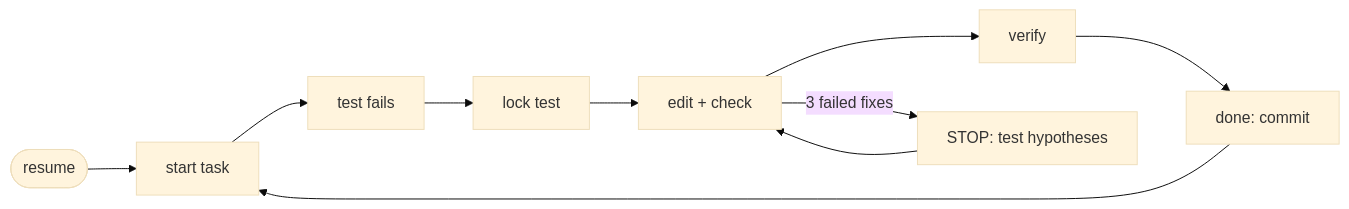
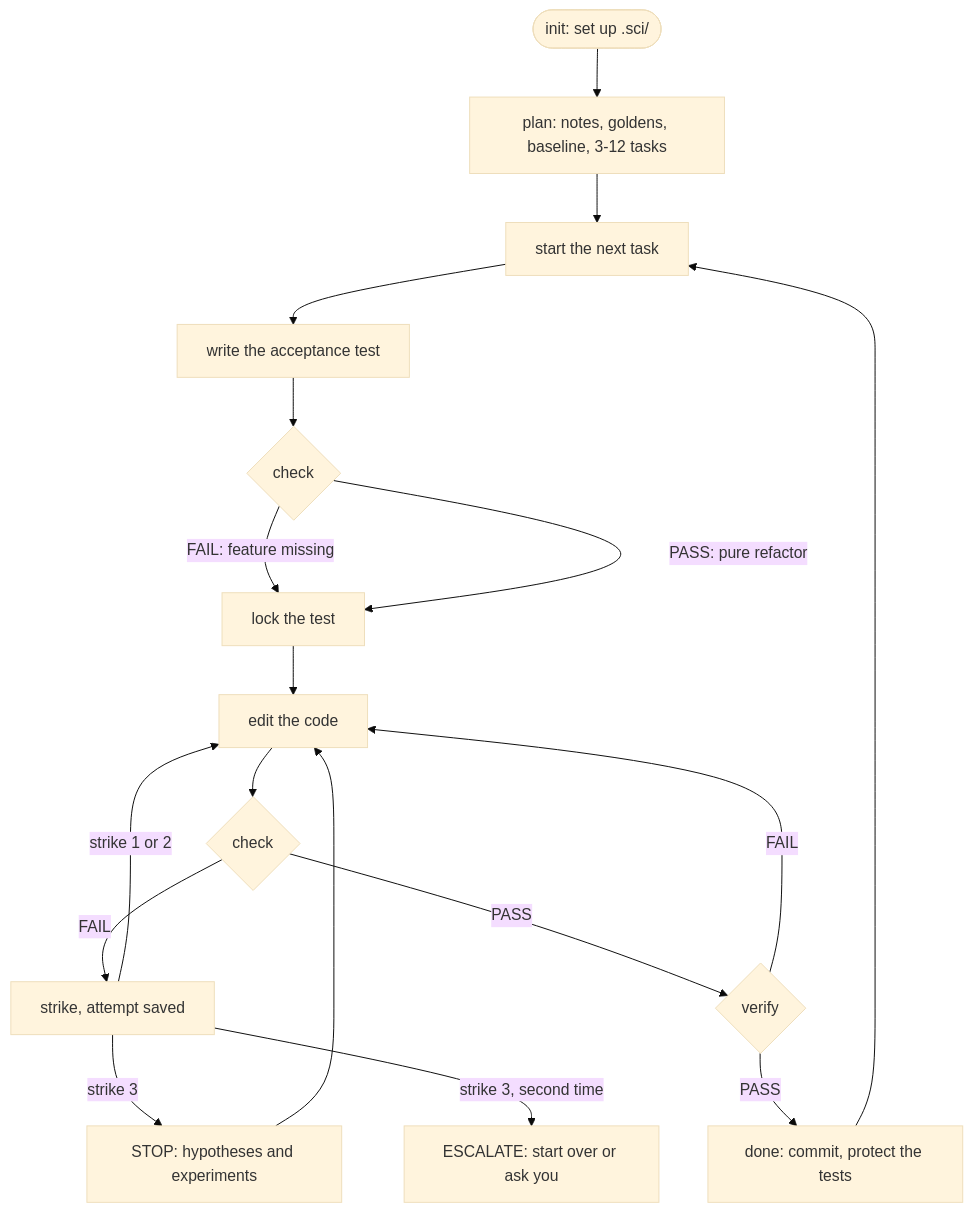
Before and after one commit to Nag681/sci-harness: the diagram in README.md, drawn with Mermaid (base theme). The commit also changed other lines of this file, not shown here.

````diff
--- a/README.md
+++ b/README.md
@@ -121,6 +133,20 @@
 ```mermaid
-flowchart LR
-    R([resume]) --> S[start task] --> F[test fails] --> L[lock test] --> E[edit + check] --> V[verify] --> D["done: commit"]
-    D --> S
-    E -- 3 failed fixes --> H["STOP: test hypotheses"] --> E
+flowchart TD
+    A(["init: set up .sci/"]) --> B["plan: notes, goldens, baseline, 3-12 tasks"]
+    B --> C["start the next task"]
+    C --> D["write the acceptance test"]
+    D --> E{"check"}
+    E -- "FAIL: feature missing" --> F["lock the test"]
+    E -- "PASS: pure refactor" --> F
+    F --> G["edit the code"]
+    G --> H{"check"}
+    H -- "FAIL" --> K["strike, attempt saved"]
+    K -- "strike 1 or 2" --> G
+    K -- "strike 3" --> S["STOP: hypotheses and experiments"]
+    S --> G
+    K -- "strike 3, second time" --> X["ESCALATE: start over or ask you"]
+    H -- "PASS" --> V{"verify"}
+    V -- "FAIL" --> G
+    V -- "PASS" --> Z["done: commit, protect the tests"]
+    Z --> C
 ```
````
